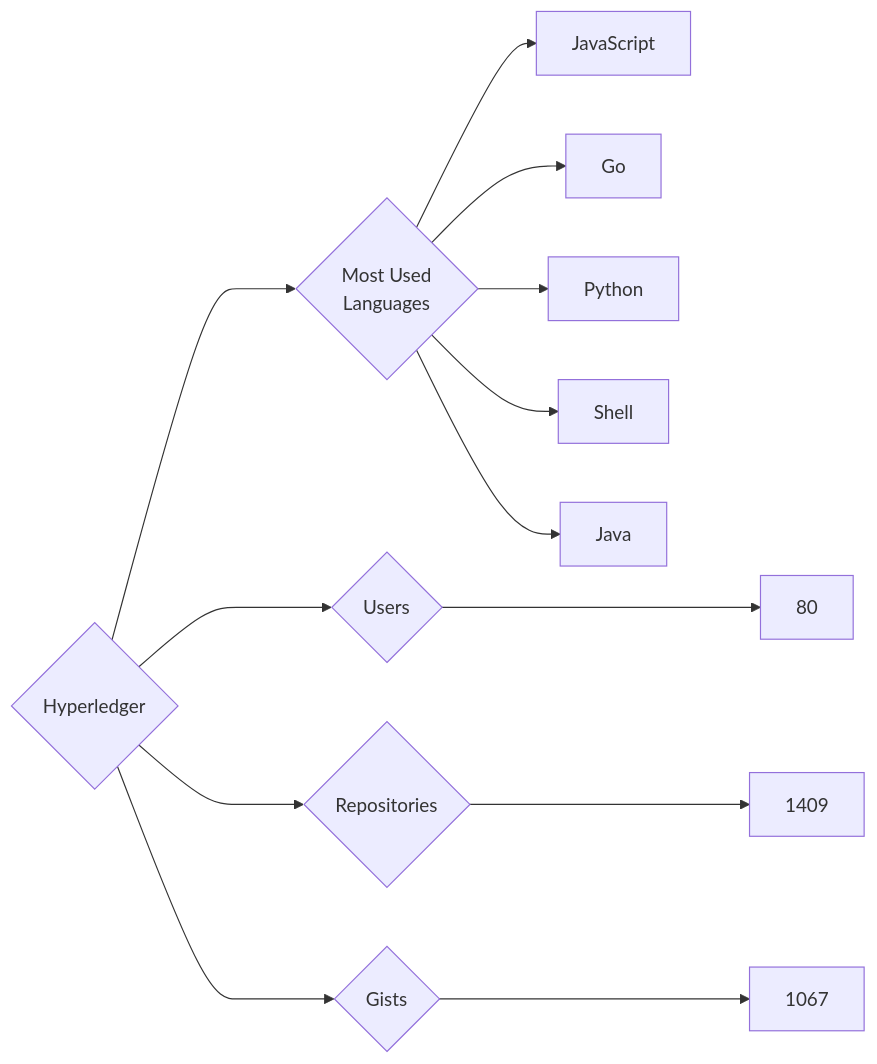
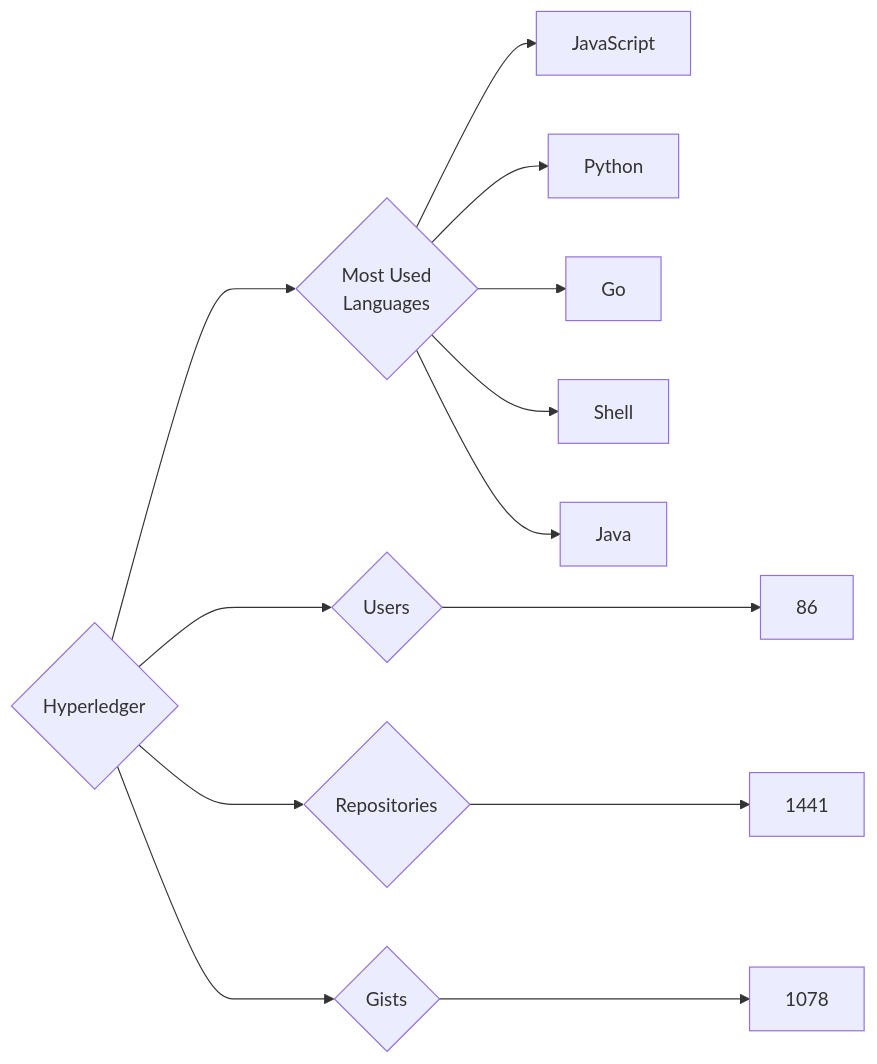
Before and after one commit to trickest/insiders: the diagram in targets/Hyperledger/README.md, drawn with Mermaid. The commit also changed 984 other files, not shown here.

````diff
--- a/targets/Hyperledger/README.md
+++ b/targets/Hyperledger/README.md
@@ -3,13 +3,13 @@
 ```mermaid
 graph LR
 COMPANY_NAME{Hyperledger}
-COMPANY_NAME ---> U{Users} ---> UN[80]
-COMPANY_NAME ---> R{Repositories} ---> RN[1409]
-COMPANY_NAME ---> G{Gists} ---> GN[1067]
+COMPANY_NAME ---> U{Users} ---> UN[86]
+COMPANY_NAME ---> R{Repositories} ---> RN[1441]
+COMPANY_NAME ---> G{Gists} ---> GN[1078]
 COMPANY_NAME ---> ML{Most Used<br>Languages}
 ML --> JavaScript[JavaScript]
+ML --> Python[Python]
 ML --> Go[Go]
-ML --> Python[Python]
 ML --> Shell[Shell]
 ML --> Java[Java]
 ```
````
